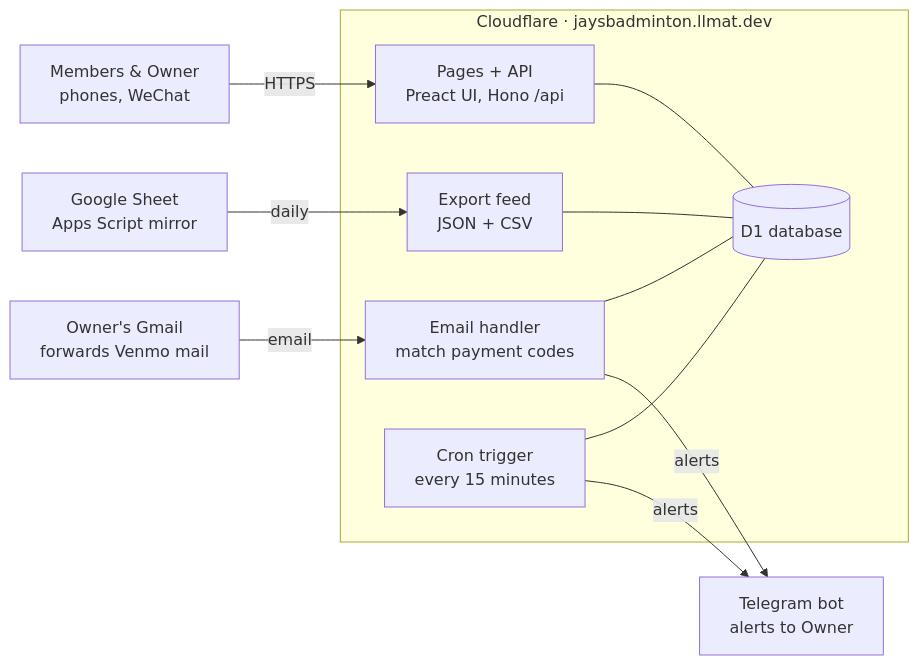
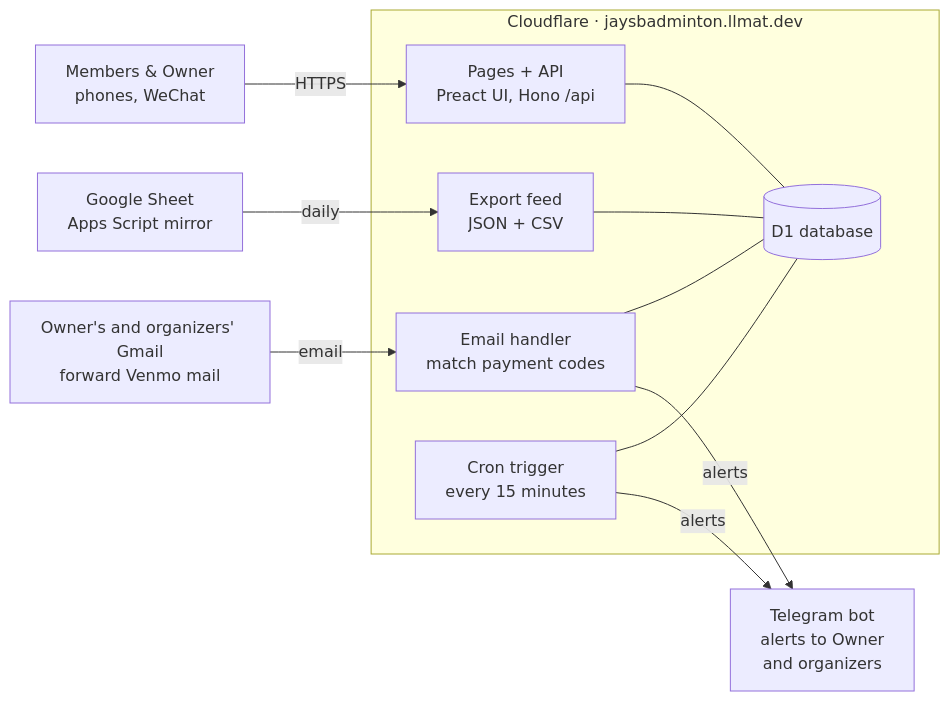
One commit to likefudan/jaysbadminton changed the first of 2 diagrams in docs/technical-design.md. Above: the diagram before and after it, drawn with Mermaid. The commit also changed other lines of this file and 12 other files, not shown here.

````diff
--- a/docs/technical-design.md
+++ b/docs/technical-design.md
@@ -11,19 +11,19 @@
 ```mermaid
 flowchart LR
   P["Members & Owner<br/>phones, WeChat"] -- HTTPS --> API
-  G["Owner's Gmail<br/>forwards Venmo mail"] -- email --> EM
+  G["Owner's and organizers' Gmail<br/>forward Venmo mail"] -- email --> EM
   subgraph CF["Cloudflare · jaysbadminton.llmat.dev"]
     API["Pages + API<br/>Preact UI, Hono /api"]
     EM["Email handler<br/>match payment codes"]
     EX["Export feed<br/>JSON + CSV"]
     CR["Cron trigger<br/>every 15 minutes"]
     D1[("D1 database")]
     API --- D1
     EM --- D1
     EX --- D1
     CR --- D1
   end
   S["Google Sheet<br/>Apps Script mirror"] -- daily --> EX
-  CR -- alerts --> T["Telegram bot<br/>alerts to Owner"]
+  CR -- alerts --> T["Telegram bot<br/>alerts to Owner<br/>and organizers"]
   EM -- alerts --> T
 ```
````
